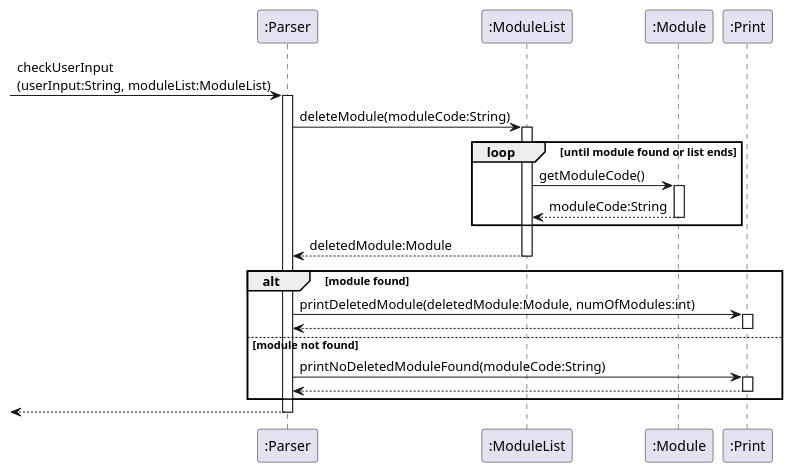
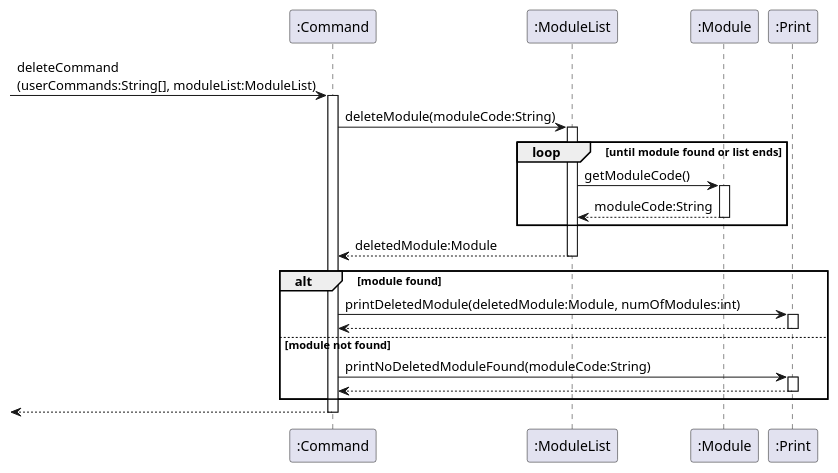
Before and after one commit to saintzaw/tp: the diagram in docs/diagrams/DeleteModule.puml, drawn with PlantUML. The commit also changed 3 other files, not shown here.

Commit message:
Edit Delete sequence diagram

```diff
--- a/docs/diagrams/DeleteModule.puml
+++ b/docs/diagrams/DeleteModule.puml
@@ -1,39 +1,39 @@
 @startuml
 
-participant ":Parser" as Parser
+participant ":Command" as Command
 participant ":ModuleList" as ML
 participant ":Module" as Mod
 participant ":Print" as Print
 
-[->Parser : checkUserInput\n(userInput:String, moduleList:ModuleList)
-activate Parser
-Parser->ML : deleteModule(moduleCode:String)
+[->Command : deleteCommand\n(userCommands:String[], moduleList:ModuleList)
+activate Command
+Command->ML : deleteModule(moduleCode:String)
 activate ML
 
 loop until module found or list ends
     ML -> Mod : getModuleCode()
     activate Mod
     Mod --> ML : moduleCode:String
     deactivate Mod
 end
-    ML --> Parser : deletedModule:Module
+    ML --> Command : deletedModule:Module
 deactivate ML
 
 alt module found
-    Parser -> Print : printDeletedModule(deletedModule:Module, numOfModules:int)
+    Command -> Print : printDeletedModule(deletedModule:Module, numOfModules:int)
     activate Print
-    Print --> Parser
+    Print --> Command
     deactivate Print
 else module not found
-Parser -> Print : printNoDeletedModuleFound(moduleCode:String)
+Command -> Print : printNoDeletedModuleFound(moduleCode:String)
     activate Print
-    Print --> Parser
+    Print --> Command
     deactivate Print
 
 end
 
 deactivate ML
-Parser-->[
-deactivate Parser
+Command-->[
+deactivate Command
 
 @enduml
```
